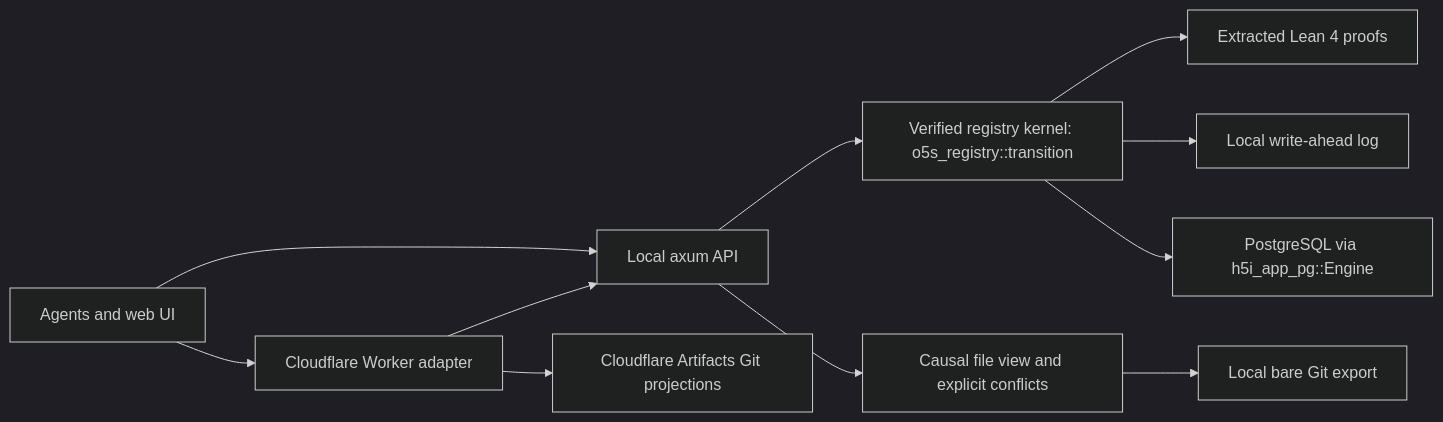
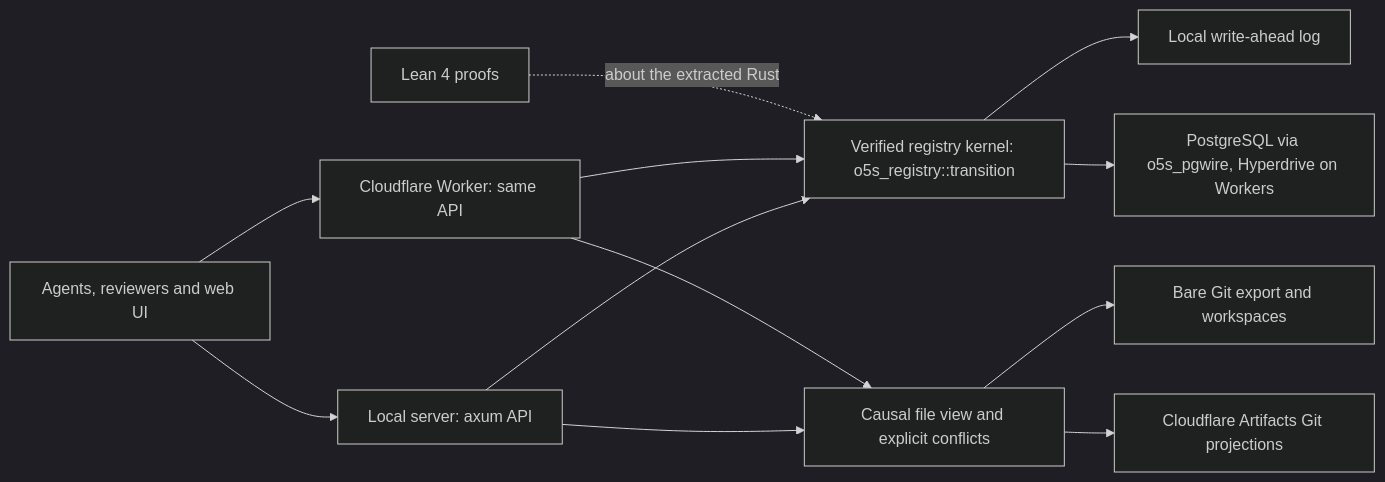
Before and after one commit to h5i-dev/o5s: the diagram in docs/architecture.md, drawn with Mermaid (dark theme). The commit also changed 1 other file, not shown here.

Commit message:
README: the architecture diagram instead of the glossary; the diagram matches the code (Worker serves the API, o5s_pgwire)

````diff
--- a/docs/architecture.md
+++ b/docs/architecture.md
@@ -3,13 +3,14 @@
 ```mermaid
 flowchart LR
-    A[Agents and web UI] --> W[Cloudflare Worker adapter]
-    A --> L[Local axum API]
-    W --> L
-    W --> G[Cloudflare Artifacts Git projections]
+    A[Agents, reviewers and web UI] --> L[Local server: axum API]
+    A --> W[Cloudflare Worker: same API]
     L --> K[Verified registry kernel: o5s_registry::transition]
-    K --> P[Extracted Lean 4 proofs]
+    W --> K
+    P[Lean 4 proofs] -. about the extracted Rust .-> K
     K --> S[Local write-ahead log]
-    K --> Q[PostgreSQL via h5i_app_pg::Engine]
+    K --> Q[PostgreSQL via o5s_pgwire, Hyperdrive on Workers]
     L --> V[Causal file view and explicit conflicts]
-    V --> E[Local bare Git export]
+    W --> V
+    V --> E[Bare Git export and workspaces]
+    V --> G[Cloudflare Artifacts Git projections]
 ```
````
